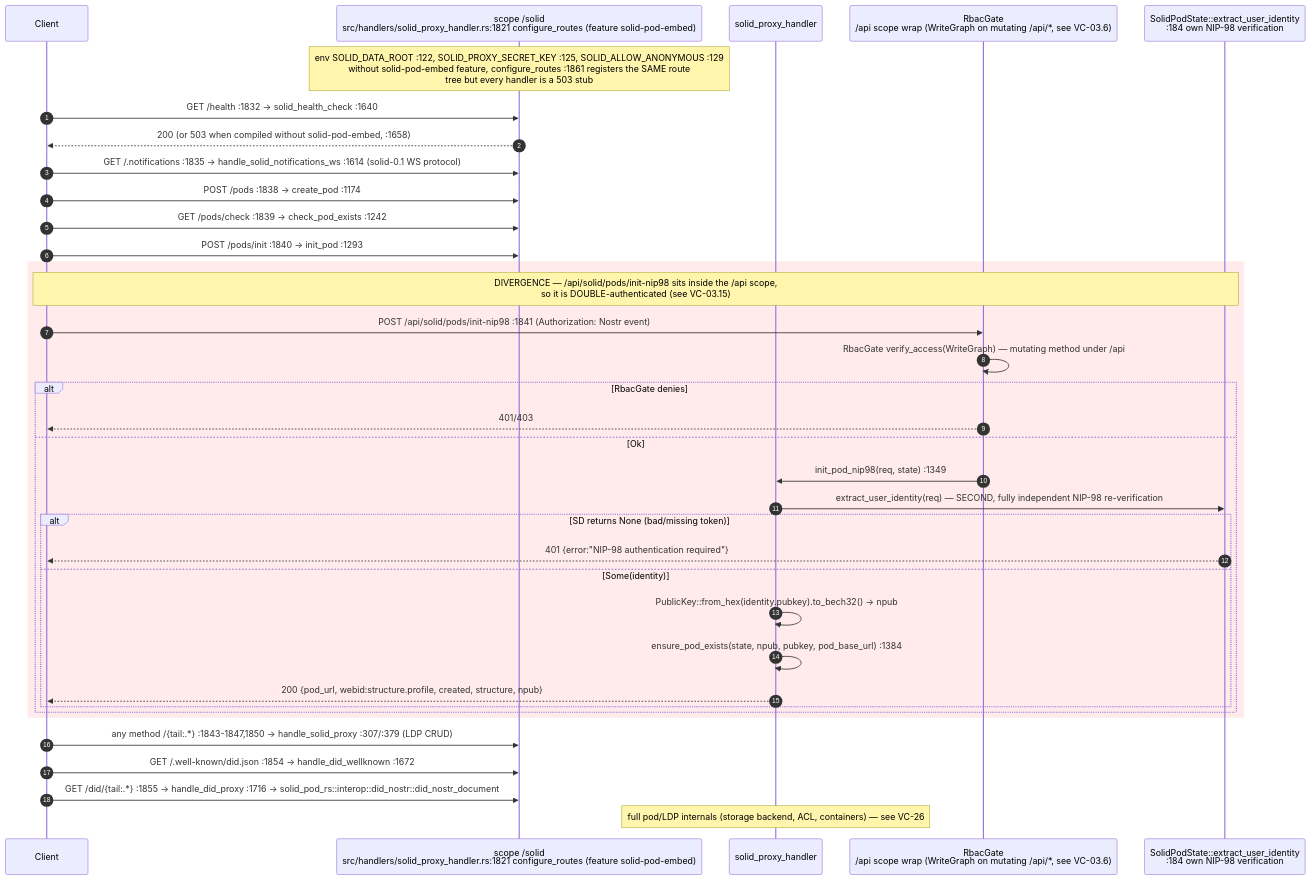
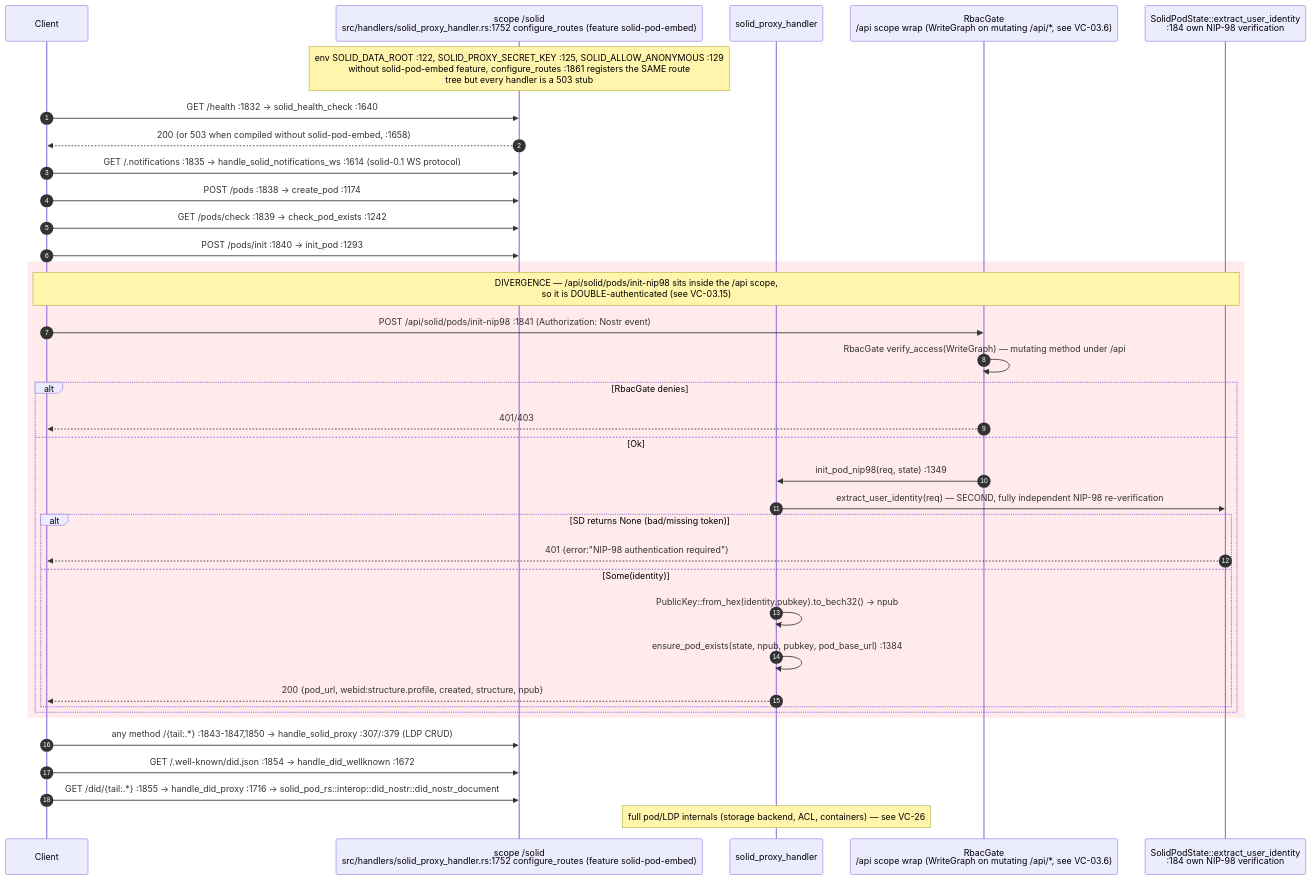
One commit to DreamLab-AI/AR-AI-Knowledge-Graph changed diagram 15 of 18 in docs/diagrams/visionclaw/05-handlers-governance-and-identity.md. Above: the diagram before and after it, drawn with Mermaid. The commit also changed other lines of this file and 172 other files, not shown here.

````diff
--- a/docs/diagrams/visionclaw/05-handlers-governance-and-identity.md
+++ b/docs/diagrams/visionclaw/05-handlers-governance-and-identity.md
@@ -729,39 +734,39 @@
 ```mermaid
 sequenceDiagram
     autonumber
     participant C as Client
-    participant SC as scope /solid<br/>src/handlers/solid_proxy_handler.rs:1821 configure_routes (feature solid-pod-embed)
+    participant SC as scope /solid<br/>src/handlers/solid_proxy_handler.rs:1752 configure_routes (feature solid-pod-embed)
     participant H as solid_proxy_handler
     participant RG as RbacGate<br/>/api scope wrap (WriteGraph on mutating /api/*, see VC-03.6)
     participant SD as SolidPodState::extract_user_identity<br/>:184 own NIP-98 verification
 
     Note over SC: env SOLID_DATA_ROOT :122, SOLID_PROXY_SECRET_KEY :125, SOLID_ALLOW_ANONYMOUS :129<br/>without solid-pod-embed feature, configure_routes :1861 registers the SAME route<br/>tree but every handler is a 503 stub
     C->>SC: GET /health :1832 -> solid_health_check :1640
     SC-->>C: 200 (or 503 when compiled without solid-pod-embed, :1658)
     C->>SC: GET /.notifications :1835 -> handle_solid_notifications_ws :1614 (solid-0.1 WS protocol)
     C->>SC: POST /pods :1838 -> create_pod :1174
     C->>SC: GET /pods/check :1839 -> check_pod_exists :1242
     C->>SC: POST /pods/init :1840 -> init_pod :1293
     rect rgb(255,235,235)
     Note over C,SD: DIVERGENCE — /api/solid/pods/init-nip98 sits inside the /api scope,<br/>so it is DOUBLE-authenticated (see VC-03.15)
     C->>RG: POST /api/solid/pods/init-nip98 :1841 (Authorization: Nostr event)
     RG->>RG: RbacGate verify_access(WriteGraph) — mutating method under /api
     alt RbacGate denies
         RG-->>C: 401/403
     else Ok
         RG->>H: init_pod_nip98(req, state) :1349
         H->>SD: extract_user_identity(req) — SECOND, fully independent NIP-98 re-verification
         alt SD returns None (bad/missing token)
             SD-->>C: 401 {error:"NIP-98 authentication required"}
         else Some(identity)
             H->>H: PublicKey::from_hex(identity.pubkey).to_bech32() -> npub
             H->>H: ensure_pod_exists(state, npub, pubkey, pod_base_url) :1384
             H-->>C: 200 {pod_url, webid:structure.profile, created, structure, npub}
         end
     end
     end
     C->>SC: any method /{tail:.*} :1843-1847,1850 -> handle_solid_proxy :307/:379 (LDP CRUD)
     C->>SC: GET /.well-known/did.json :1854 -> handle_did_wellknown :1672
     C->>SC: GET /did/{tail:.*} :1855 -> handle_did_proxy :1716 -> solid_pod_rs::interop::did_nostr::did_nostr_document
     Note over H: full pod/LDP internals (storage backend, ACL, containers) — see VC-26
 ```
````
